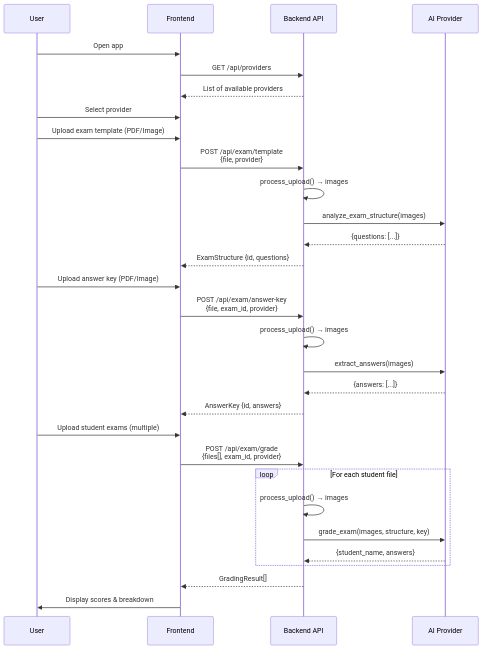
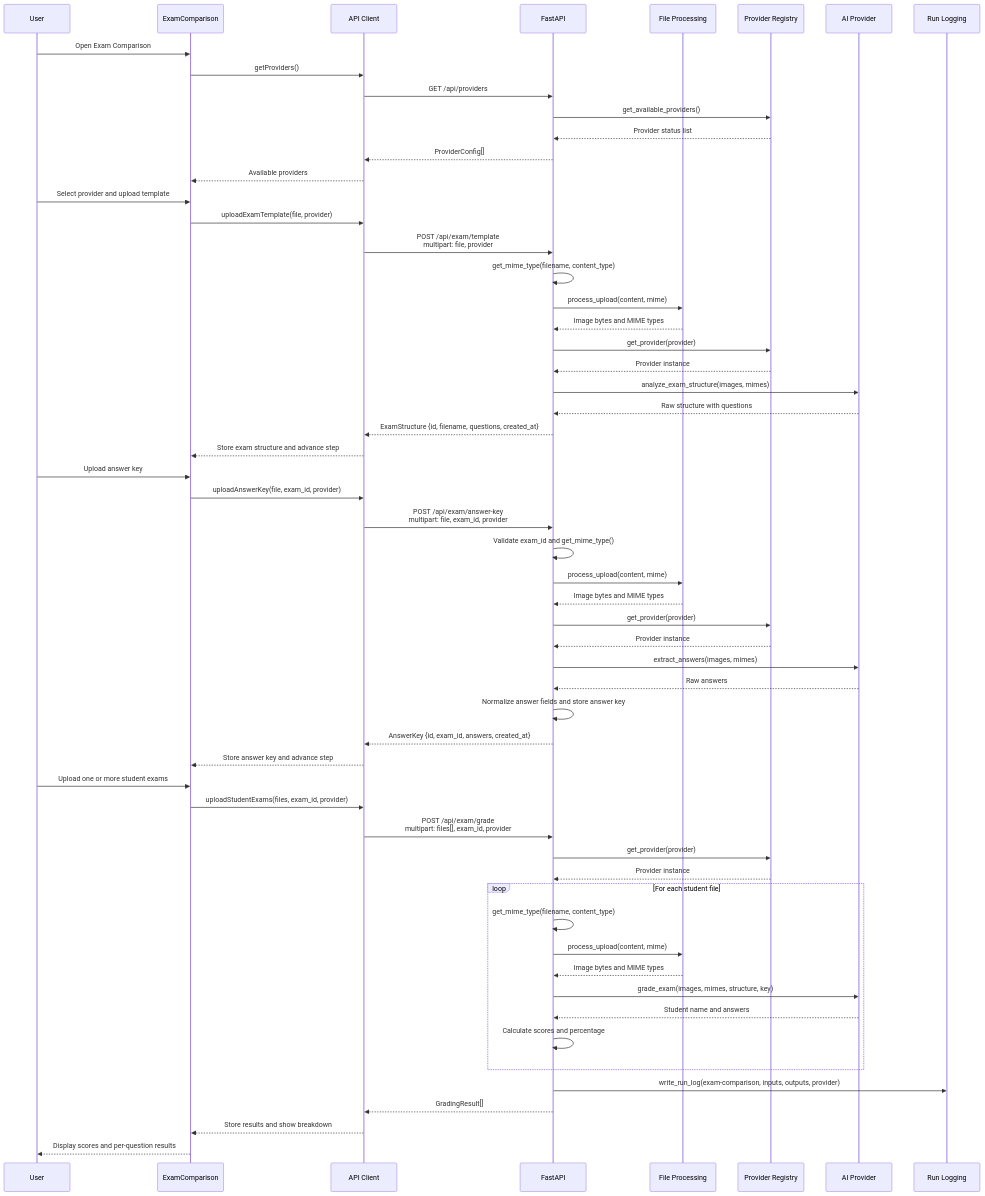
Before and after one commit to franciscosuca/exan: the second of 6 diagrams in docs/ARCHITECTURE.md, drawn with Mermaid. The commit also changed other lines of this file, not shown here.

Commit message:
docs: remove outdated user workflow diagrams and enhance swimlane diagrams for clarity

````diff
--- a/docs/ARCHITECTURE.md
+++ b/docs/ARCHITECTURE.md
@@ -116,36 +58,64 @@
 ```mermaid
 sequenceDiagram
     participant U as User
-    participant FE as Frontend
-    participant BE as Backend API
+    participant EC as ExamComparison
+    participant API as API Client
+    participant BE as FastAPI
+    participant FP as File Processing
+    participant PR as Provider Registry
     participant AI as AI Provider
+    participant LOG as Run Logging
 
-    U->>FE: Open app
-    FE->>BE: GET /api/providers
-    BE-->>FE: List of available providers
+    U->>EC: Open Exam Comparison
+    EC->>API: getProviders()
+    API->>BE: GET /api/providers
+    BE->>PR: get_available_providers()
+    PR-->>BE: Provider status list
+    BE-->>API: ProviderConfig[]
+    API-->>EC: Available providers
 
-    U->>FE: Select provider
-    U->>FE: Upload exam template (PDF/Image)
-    FE->>BE: POST /api/exam/template<br/>{file, provider}
-    BE->>BE: process_upload() → images
-    BE->>AI: analyze_exam_structure(images)
-    AI-->>BE: {questions: [...]}
-    BE-->>FE: ExamStructure {id, questions}
+    U->>EC: Select provider and upload template
+    EC->>API: uploadExamTemplate(file, provider)
+    API->>BE: POST /api/exam/template<br/>multipart: file, provider
+    BE->>BE: get_mime_type(filename, content_type)
+    BE->>FP: process_upload(content, mime)
+    FP-->>BE: Image bytes and MIME types
+    BE->>PR: get_provider(provider)
+    PR-->>BE: Provider instance
+    BE->>AI: analyze_exam_structure(images, mimes)
+    AI-->>BE: Raw structure with questions
+    BE-->>API: ExamStructure {id, filename, questions, created_at}
+    API-->>EC: Store exam structure and advance step
 
-    U->>FE: Upload answer key (PDF/Image)
-    FE->>BE: POST /api/exam/answer-key<br/>{file, exam_id, provider}
-    BE->>BE: process_upload() → images
-    BE->>AI: extract_answers(images)
-    AI-->>BE: {answers: [...]}
-    BE-->>FE: AnswerKey {id, answers}
+    U->>EC: Upload answer key
+    EC->>API: uploadAnswerKey(file, exam_id, provider)
+    API->>BE: POST /api/exam/answer-key<br/>multipart: file, exam_id, provider
+    BE->>BE: Validate exam_id and get_mime_type()
+    BE->>FP: process_upload(content, mime)
+    FP-->>BE: Image bytes and MIME types
+    BE->>PR: get_provider(provider)
+    PR-->>BE: Provider instance
+    BE->>AI: extract_answers(images, mimes)
+    AI-->>BE: Raw answers
+    BE->>BE: Normalize answer fields and store answer key
+    BE-->>API: AnswerKey {id, exam_id, answers, created_at}
+    API-->>EC: Store answer key and advance step
 
-    U->>FE: Upload student exams (multiple)
-    FE->>BE: POST /api/exam/grade<br/>{files[], exam_id, provider}
+    U->>EC: Upload one or more student exams
+    EC->>API: uploadStudentExams(files, exam_id, provider)
+    API->>BE: POST /api/exam/grade<br/>multipart: files[], exam_id, provider
+    BE->>PR: get_provider(provider)
+    PR-->>BE: Provider instance
     loop For each student file
-        BE->>BE: process_upload() → images
-        BE->>AI: grade_exam(images, structure, key)
-        AI-->>BE: {student_name, answers}
+        BE->>BE: get_mime_type(filename, content_type)
+        BE->>FP: process_upload(content, mime)
+        FP-->>BE: Image bytes and MIME types
+        BE->>AI: grade_exam(images, mimes, structure, key)
+        AI-->>BE: Student name and answers
+        BE->>BE: Calculate scores and percentage
     end
-    BE-->>FE: GradingResult[]
-    FE->>U: Display scores & breakdown
+    BE->>LOG: write_run_log(exam-comparison, inputs, outputs, provider)
+    BE-->>API: GradingResult[]
+    API-->>EC: Store results and show breakdown
+    EC-->>U: Display scores and per-question results
 ```
````
